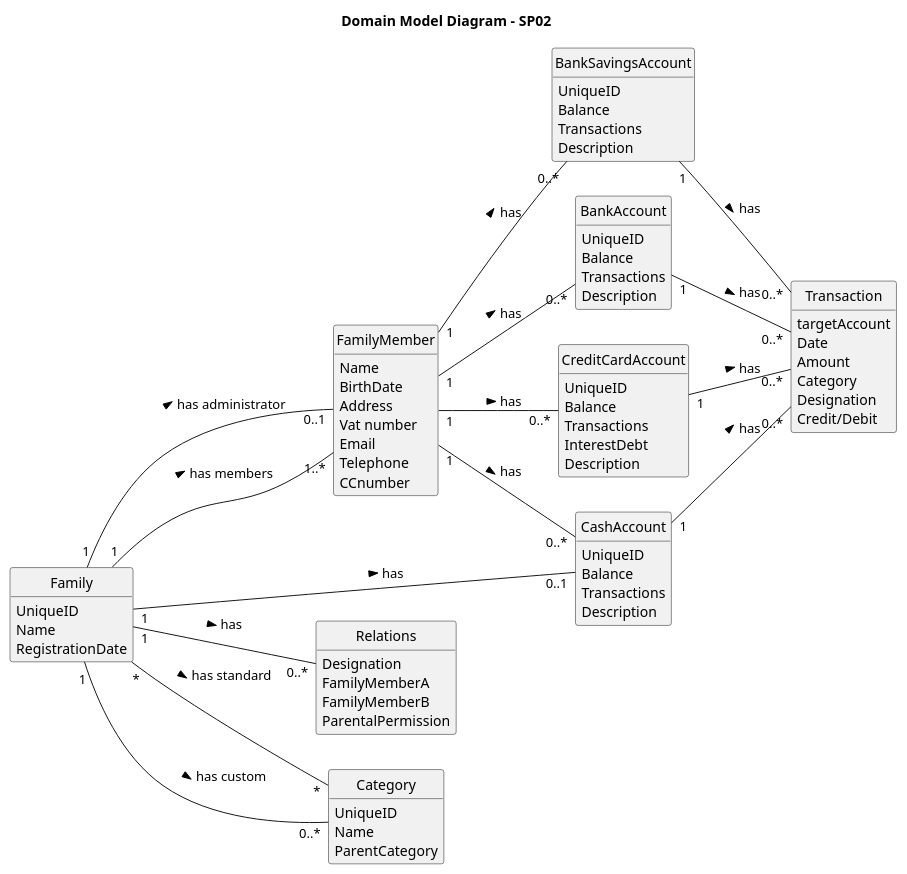
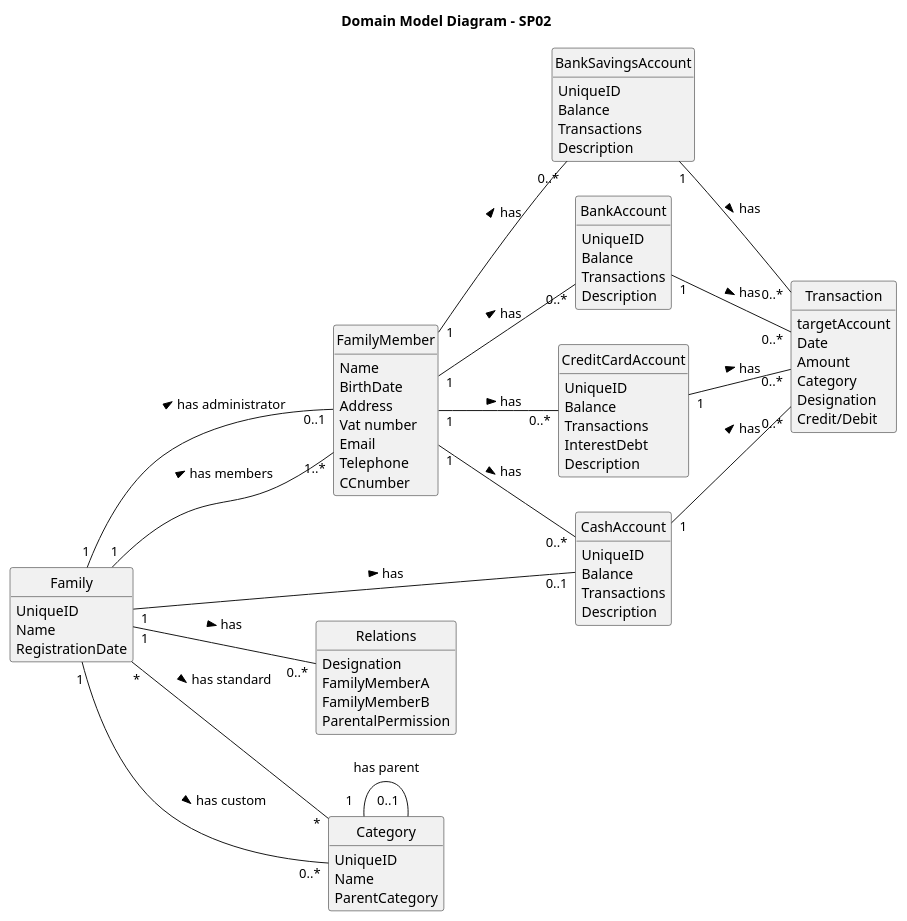
One commit to tomas-osswald/switch_2020_g3 changed the diagram in docs/sprint2/diagrams/DomainModelDiagram.puml. Above: the diagram before and after it, drawn with PlantUML. The commit also changed 1 other file, not shown here.

```diff
--- a/docs/sprint2/diagrams/DomainModelDiagram.puml
+++ b/docs/sprint2/diagrams/DomainModelDiagram.puml
@@ -1,95 +1,96 @@
 @startuml
 
 hide empty members
 hide circles
 left to right direction
 title Domain Model Diagram - SP02
 
 
 class Family {
 UniqueID
 Name
 RegistrationDate
 }
 
 class FamilyMember {
 Name
 BirthDate
 Address
 Vat number
 Email
 Telephone
 CCnumber
 }
 
 
 class BankSavingsAccount {
 UniqueID
 Balance
 Transactions
 Description
 }
 
 class BankAccount {
 UniqueID
 Balance
 Transactions
 Description
 }
 
 class CreditCardAccount {
 UniqueID
 Balance
 Transactions
 InterestDebt
 Description
 }
 
 
 class CashAccount {
 UniqueID
 Balance
 Transactions
 Description
 }
 
 class Relations {
 Designation
 FamilyMemberA
 FamilyMemberB
 ParentalPermission
 }
 
 
 class Category {
 UniqueID
 Name
 ParentCategory
 }
 
 class Transaction {
 targetAccount
 Date
 Amount
 Category
 Designation
 Credit/Debit
 }
 
 Family "*" -- "*" Category : has standard >
 Family "1" -- "0..*" Category : has custom >
 Family "1" -- "0..1" CashAccount : has >
 Family "1" -- "0..1" FamilyMember : has administrator >
 Family "1" -- "1..*" FamilyMember : has members >
 Family "1" -- "0..*" Relations : has >
 'Relation has the FamilyMembers to whom it pertains
 FamilyMember "1" -- "0..*" BankSavingsAccount : has >
 FamilyMember "1" -- "0..*" CreditCardAccount : has >
 FamilyMember "1" -- "0..*" BankAccount : has >
 FamilyMember "1" -- "0..*" CashAccount : has >
 CashAccount "1" -- "0..*" Transaction : has >
 CreditCardAccount "1" -- "0..*" Transaction : has >
 BankAccount "1" -- "0..*" Transaction : has >
 BankSavingsAccount "1" -- "0..*" Transaction : has >
+Category "1  " -- " 0..1   " Category : has parent
 
 @enduml
```
